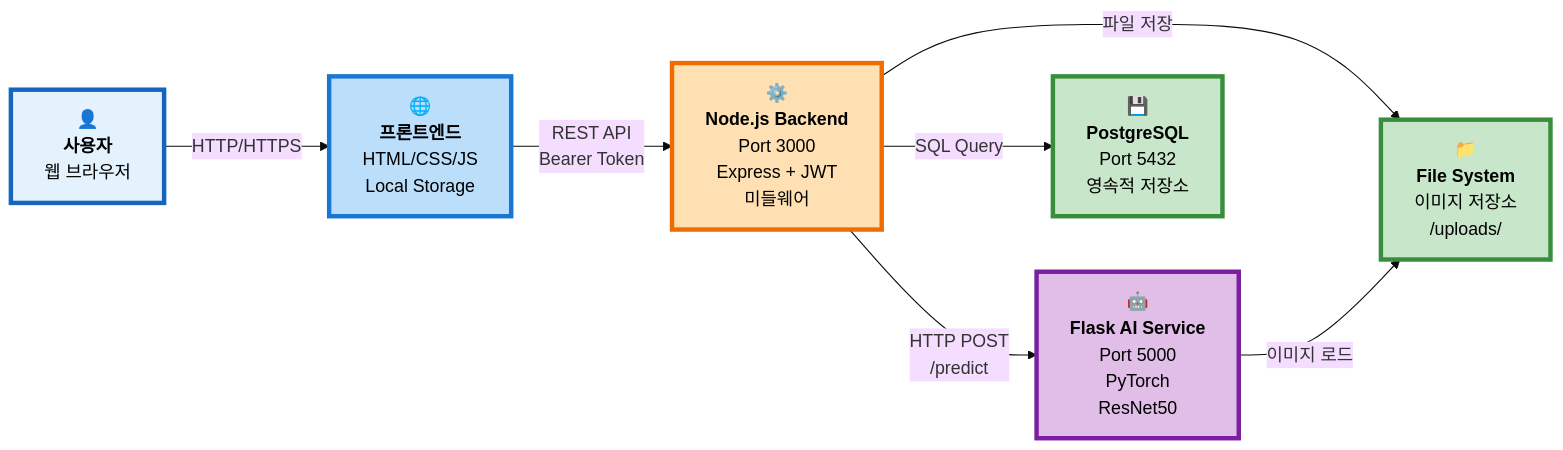
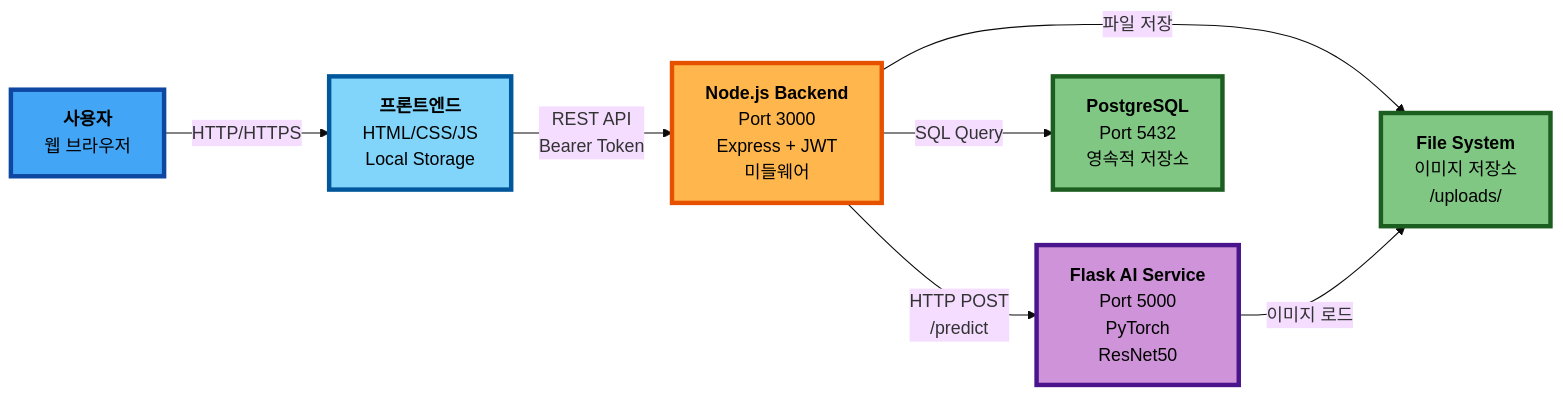
Before and after one commit to kyoe-23/DeepLearning_project: the first of 13 diagrams in Architecture.md, drawn with Mermaid (base theme). The commit also changed other lines of this file, not shown here.

````diff
--- a/Architecture.md
+++ b/Architecture.md
@@ -38,35 +38,35 @@
 ```mermaid
 graph LR
-    USER["👤<br/><b>사용자</b><br/>웹 브라우저"]
+    USER["<b>사용자</b><br/>웹 브라우저"]
 
-    FE["🌐<br/><b>프론트엔드</b><br/>HTML/CSS/JS<br/>Local Storage"]
+    FE["<b>프론트엔드</b><br/>HTML/CSS/JS<br/>Local Storage"]
 
-    BACKEND["⚙️<br/><b>Node.js Backend</b><br/>Port 3000<br/>Express + JWT<br/>미들웨어"]
+    BACKEND["<b>Node.js Backend</b><br/>Port 3000<br/>Express + JWT<br/>미들웨어"]
 
-    AI["🤖<br/><b>Flask AI Service</b><br/>Port 5000<br/>PyTorch<br/>ResNet50"]
+    AI["<b>Flask AI Service</b><br/>Port 5000<br/>PyTorch<br/>ResNet50"]
 
-    DB["💾<br/><b>PostgreSQL</b><br/>Port 5432<br/>영속적 저장소"]
+    DB["<b>PostgreSQL</b><br/>Port 5432<br/>영속적 저장소"]
 
-    FS["📁<br/><b>File System</b><br/>이미지 저장소<br/>/uploads/"]
+    FS["<b>File System</b><br/>이미지 저장소<br/>/uploads/"]
 
     %% 데이터 흐름
     USER -->|HTTP/HTTPS| FE
     FE -->|REST API<br/>Bearer Token| BACKEND
     BACKEND -->|SQL Query| DB
     BACKEND -->|HTTP POST<br/>/predict| AI
     BACKEND -->|파일 저장| FS
     AI -->|이미지 로드| FS
 
     %% 스타일
-    classDef userClass fill:#E3F2FD,stroke:#1565C0,stroke-width:4px,color:#000
-    classDef frontClass fill:#BBDEFB,stroke:#1976D2,stroke-width:4px,color:#000
-    classDef backClass fill:#FFE0B2,stroke:#EF6C00,stroke-width:4px,color:#000
-    classDef aiClass fill:#E1BEE7,stroke:#7B1FA2,stroke-width:4px,color:#000
-    classDef dataClass fill:#C8E6C9,stroke:#388E3C,stroke-width:4px,color:#000
+    classDef userClass fill:#42A5F5,stroke:#0D47A1,stroke-width:4px,color:#000
+    classDef frontClass fill:#81D4FA,stroke:#01579B,stroke-width:4px,color:#000
+    classDef backClass fill:#FFB74D,stroke:#E65100,stroke-width:4px,color:#000
+    classDef aiClass fill:#CE93D8,stroke:#4A148C,stroke-width:4px,color:#000
+    classDef dataClass fill:#81C784,stroke:#1B5E20,stroke-width:4px,color:#000
 
     class USER userClass
     class FE frontClass
     class BACKEND backClass
     class AI aiClass
     class DB,FS dataClass
 ```
````
